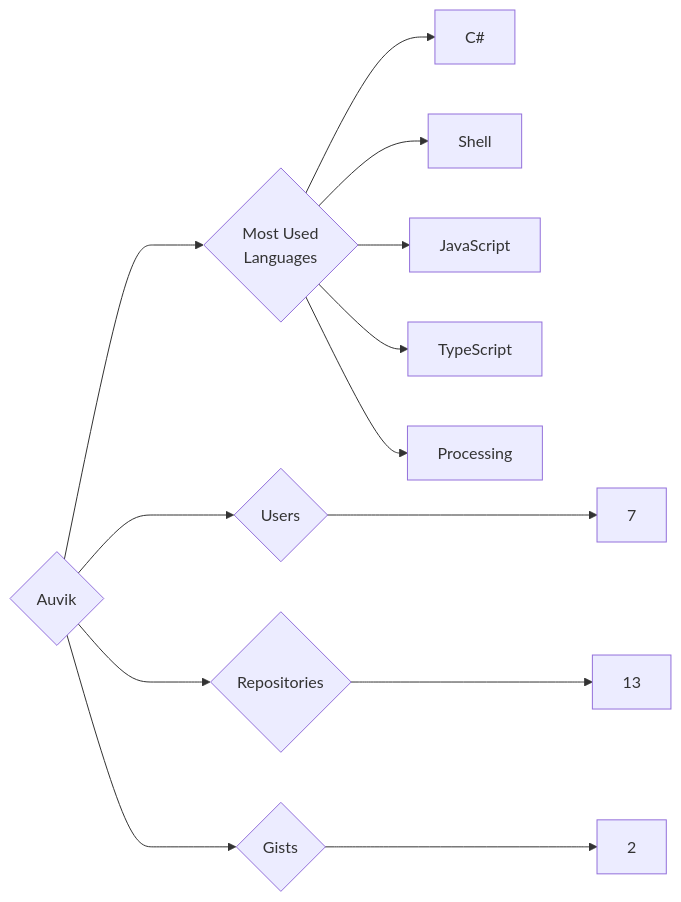
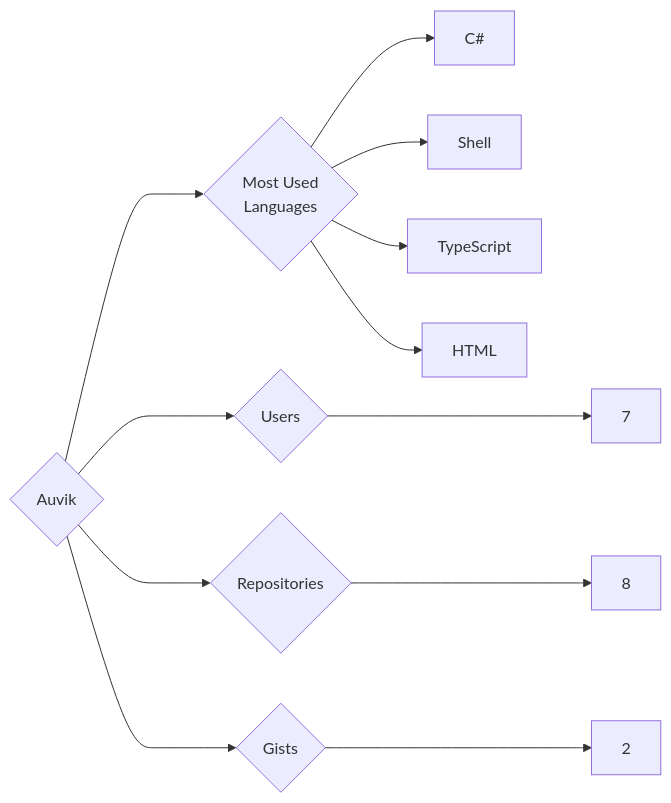
The diagram in targets/Auvik/README.md (trickest/insiders), drawn with Mermaid before and after one commit. The commit also changed 1141 other files, not shown here.

````diff
--- a/targets/Auvik/README.md
+++ b/targets/Auvik/README.md
@@ -3,13 +3,12 @@
 ```mermaid
 graph LR
 COMPANY_NAME{Auvik}
 COMPANY_NAME ---> U{Users} ---> UN[7]
-COMPANY_NAME ---> R{Repositories} ---> RN[13]
+COMPANY_NAME ---> R{Repositories} ---> RN[8]
 COMPANY_NAME ---> G{Gists} ---> GN[2]
 COMPANY_NAME ---> ML{Most Used<br>Languages}
 ML --> C#[C#]
 ML --> Shell[Shell]
-ML --> JavaScript[JavaScript]
 ML --> TypeScript[TypeScript]
-ML --> Processing[Processing]
+ML --> HTML[HTML]
 ```
````
